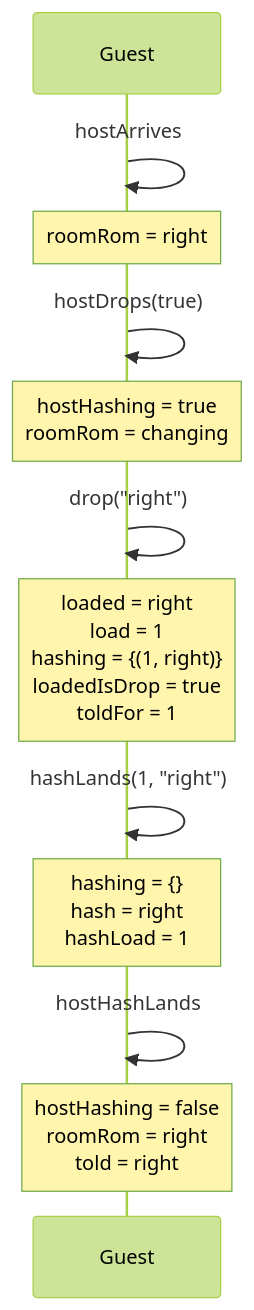
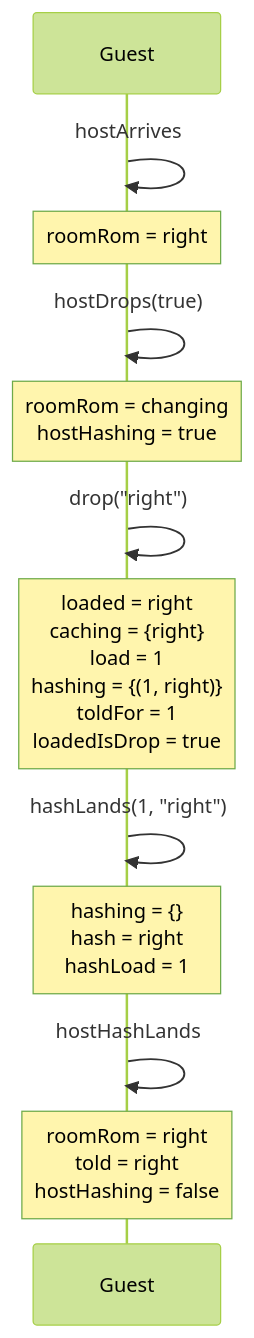
Before and after one commit to kwilson21/kaillera-next: diagram 24 of 27 in docs/spec-traces.md, drawn with Mermaid (forest theme). The commit also changed other lines of this file and 11 other files, not shown here.

````diff
--- a/docs/spec-traces.md
+++ b/docs/spec-traces.md
@@ -655,14 +655,14 @@
 ```mermaid
 sequenceDiagram
   participant Guest
   Guest->>Guest: hostArrives
   Note over Guest: roomRom = right
   Guest->>Guest: hostDrops(true)
-  Note over Guest: hostHashing = true<br/>roomRom = changing
+  Note over Guest: roomRom = changing<br/>hostHashing = true
   Guest->>Guest: drop("right")
-  Note over Guest: loaded = right<br/>load = 1<br/>hashing = {(1, right)}<br/>loadedIsDrop = true<br/>toldFor = 1
+  Note over Guest: loaded = right<br/>caching = {right}<br/>load = 1<br/>hashing = {(1, right)}<br/>toldFor = 1<br/>loadedIsDrop = true
   Guest->>Guest: hashLands(1, "right")
   Note over Guest: hashing = {}<br/>hash = right<br/>hashLoad = 1
   Guest->>Guest: hostHashLands
-  Note over Guest: hostHashing = false<br/>roomRom = right<br/>told = right
+  Note over Guest: roomRom = right<br/>told = right<br/>hostHashing = false
 ```
````
